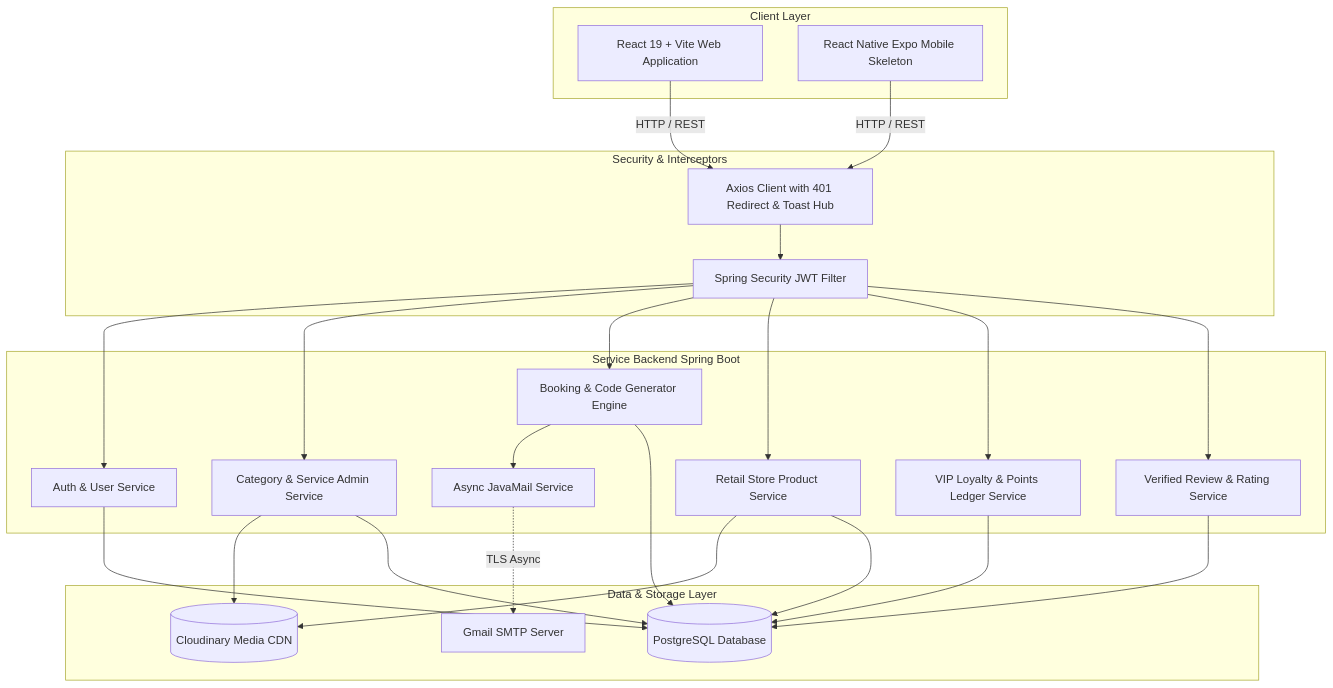
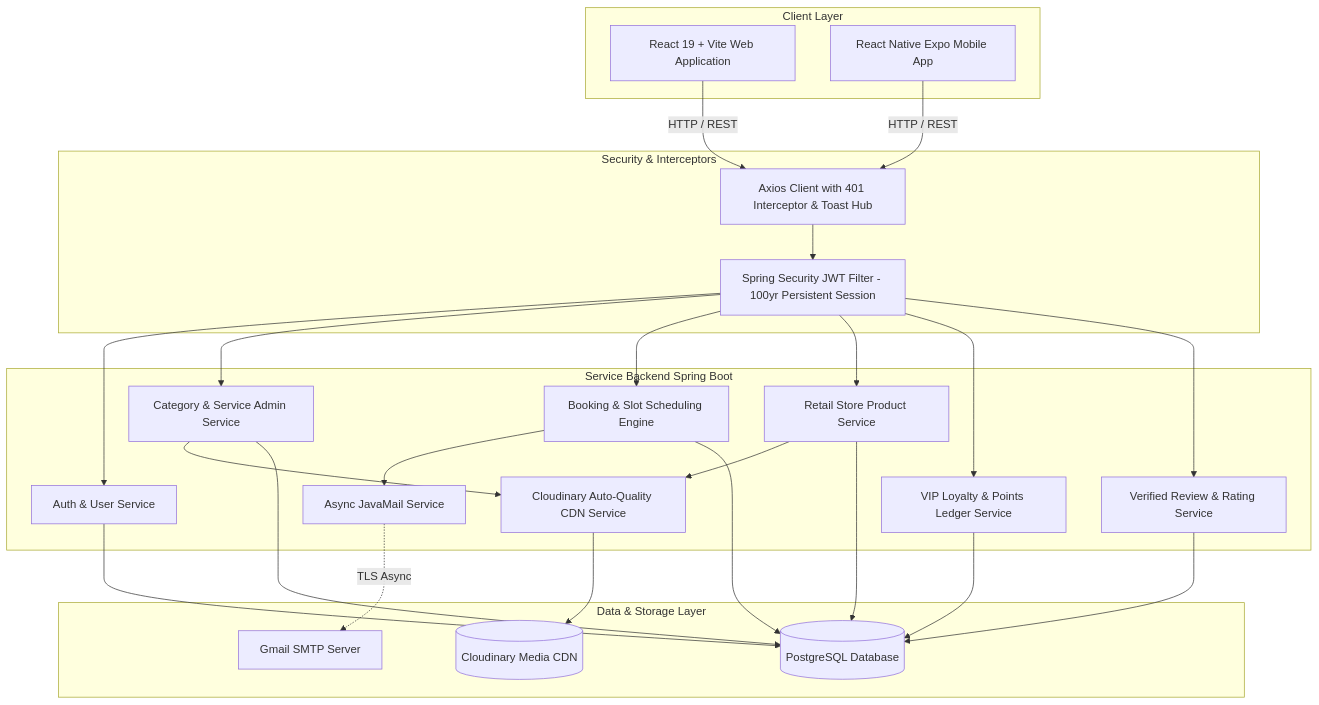
One commit to sagarxt/fullstack-saloon-app changed the diagram in README.md. Above: the diagram before and after it, drawn with Mermaid. The commit also changed other lines of this file and 66 other files, not shown here.

````diff
--- a/README.md
+++ b/README.md
@@ -195,48 +709,50 @@
 ```mermaid
 graph TD
     subgraph Client Layer
         Web[React 19 + Vite Web Application]
-        Mob[React Native Expo Mobile Skeleton]
+        Mob[React Native Expo Mobile App]
     end
 
     subgraph Security & Interceptors
-        JWT[Spring Security JWT Filter]
-        Axios[Axios Client with 401 Redirect & Toast Hub]
+        JWT[Spring Security JWT Filter - 100yr Persistent Session]
+        Axios[Axios Client with 401 Interceptor & Toast Hub]
     end
 
     subgraph Service Backend Spring Boot
         Auth[Auth & User Service]
         Catalog[Category & Service Admin Service]
-        Booking[Booking & Code Generator Engine]
+        Booking[Booking & Slot Scheduling Engine]
         Product[Retail Store Product Service]
         Loyalty[VIP Loyalty & Points Ledger Service]
         Review[Verified Review & Rating Service]
         Mail[Async JavaMail Service]
+        Cloud[Cloudinary Auto-Quality CDN Service]
     end
 
     subgraph Data & Storage Layer
         PG[(PostgreSQL Database)]
         Cloudinary[(Cloudinary Media CDN)]
         GmailSMTP[Gmail SMTP Server]
     end
 
     Web -->|HTTP / REST| Axios
     Mob -->|HTTP / REST| Axios
     Axios --> JWT
     JWT --> Auth
     JWT --> Catalog
     JWT --> Booking
     JWT --> Product
     JWT --> Loyalty
     JWT --> Review
     Booking --> Mail
     Mail -.->|TLS Async| GmailSMTP
-    Catalog --> Cloudinary
-    Product --> Cloudinary
+    Catalog --> Cloud
+    Product --> Cloud
+    Cloud --> Cloudinary
     Auth --> PG
     Catalog --> PG
     Booking --> PG
     Product --> PG
     Loyalty --> PG
     Review --> PG
 ```
````
